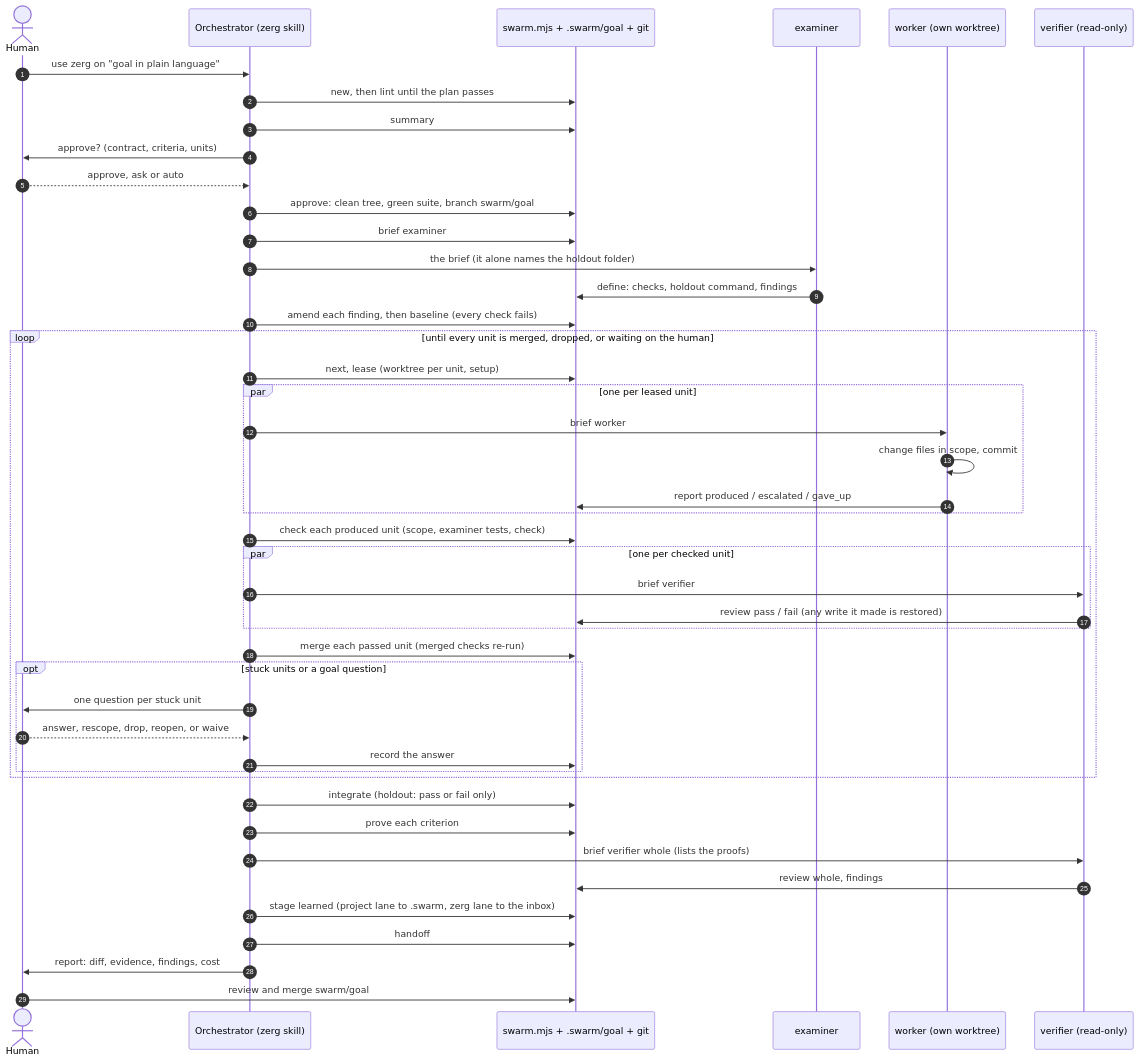
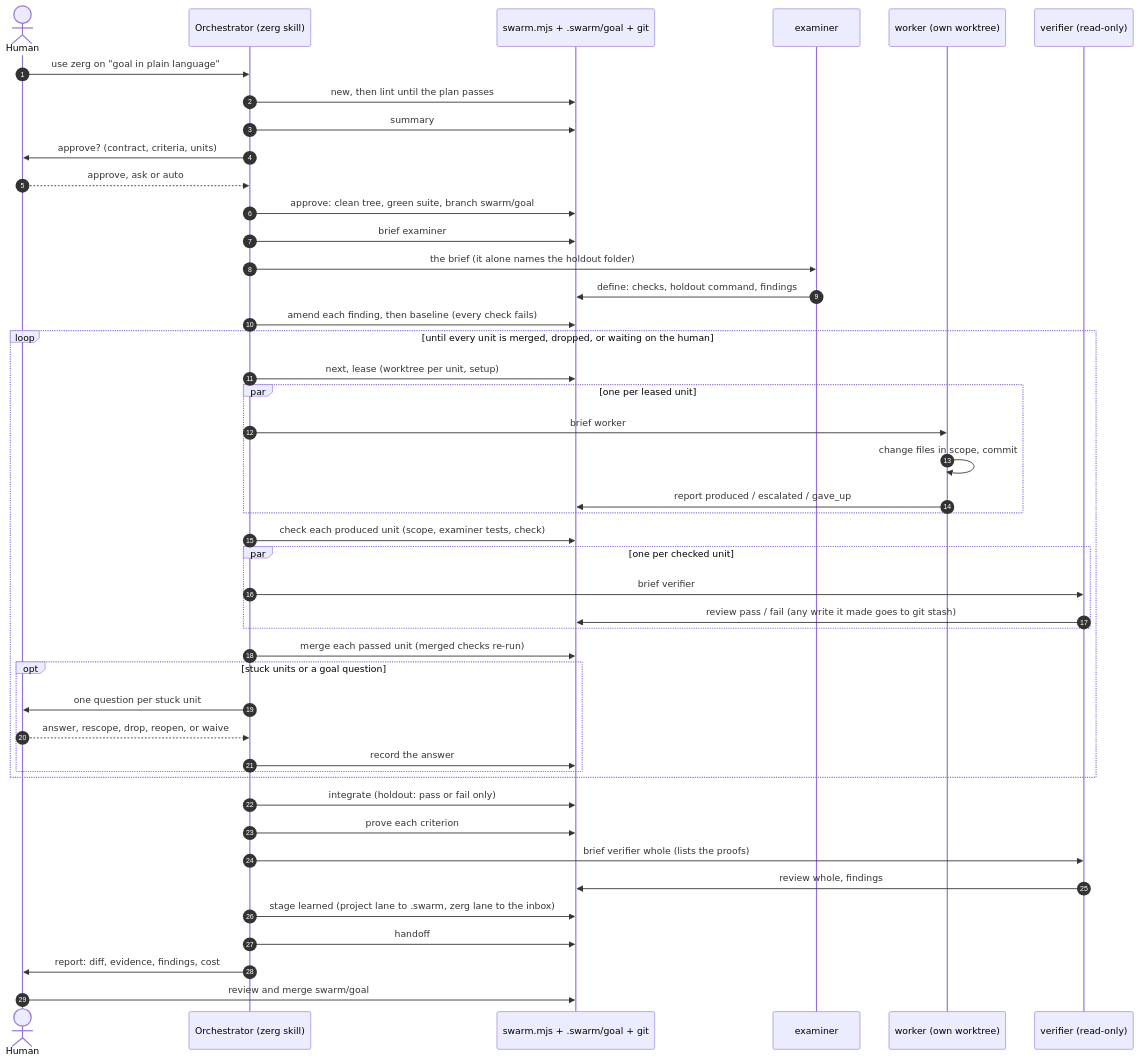
One commit to tacoda/zerg changed the second of 2 diagrams in docs/workflow.md. Above: the diagram before and after it, drawn with Mermaid. The commit also changed 8 other files, not shown here.

````diff
--- a/docs/workflow.md
+++ b/docs/workflow.md
@@ -59,50 +59,50 @@
 ```mermaid
 sequenceDiagram
     autonumber
     actor H as Human
     participant O as Orchestrator (zerg skill)
     participant S as swarm.mjs + .swarm/goal + git
     participant E as examiner
     participant W as worker (own worktree)
     participant V as verifier (read-only)
 
     H->>O: use zerg on "goal in plain language"
     O->>S: new, then lint until the plan passes
     O->>S: summary
     O->>H: approve? (contract, criteria, units)
     H-->>O: approve, ask or auto
     O->>S: approve: clean tree, green suite, branch swarm/goal
     O->>S: brief examiner
     O->>E: the brief (it alone names the holdout folder)
     E->>S: define: checks, holdout command, findings
     O->>S: amend each finding, then baseline (every check fails)
 
     loop until every unit is merged, dropped, or waiting on the human
         O->>S: next, lease (worktree per unit, setup)
         par one per leased unit
             O->>W: brief worker
             W->>W: change files in scope, commit
             W->>S: report produced / escalated / gave_up
         end
         O->>S: check each produced unit (scope, examiner tests, check)
         par one per checked unit
             O->>V: brief verifier
-            V->>S: review pass / fail (any write it made is restored)
+            V->>S: review pass / fail (any write it made goes to git stash)
         end
         O->>S: merge each passed unit (merged checks re-run)
         opt stuck units or a goal question
             O->>H: one question per stuck unit
             H-->>O: answer, rescope, drop, reopen, or waive
             O->>S: record the answer
         end
     end
 
     O->>S: integrate (holdout: pass or fail only)
     O->>S: prove each criterion
     O->>V: brief verifier whole (lists the proofs)
     V->>S: review whole, findings
     O->>S: stage learned (project lane to .swarm, zerg lane to the inbox)
     O->>S: handoff
     O->>H: report: diff, evidence, findings, cost
     H->>S: review and merge swarm/goal
 ```
````
